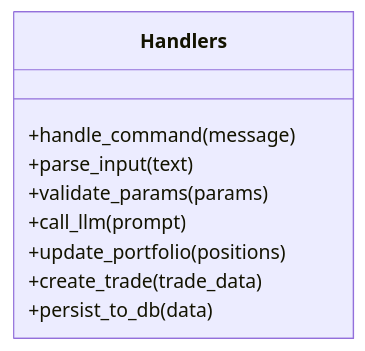
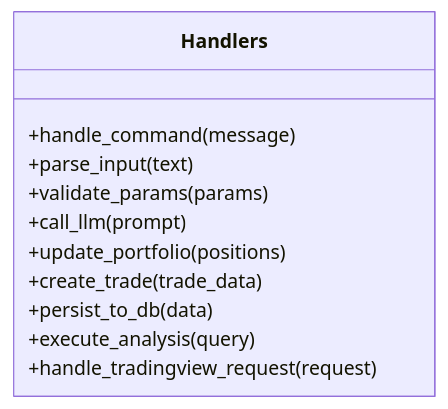
The fourth of 11 diagrams in .qoder/repowiki/en/content/Core Components/Analysis Framework.md (ZengSeng/telegram-bot), drawn with Mermaid before and after one commit. The commit also changed other lines of this file and 24 other files, not shown here.

````diff
--- a/.qoder/repowiki/en/content/Core Components/Analysis Framework.md
+++ b/.qoder/repowiki/en/content/Core Components/Analysis Framework.md
@@ -220,12 +251,14 @@
 ```mermaid
 classDiagram
 class Handlers {
 +handle_command(message)
 +parse_input(text)
 +validate_params(params)
 +call_llm(prompt)
 +update_portfolio(positions)
 +create_trade(trade_data)
 +persist_to_db(data)
++execute_analysis(query)
++handle_tradingview_request(request)
 }
 ```
````
